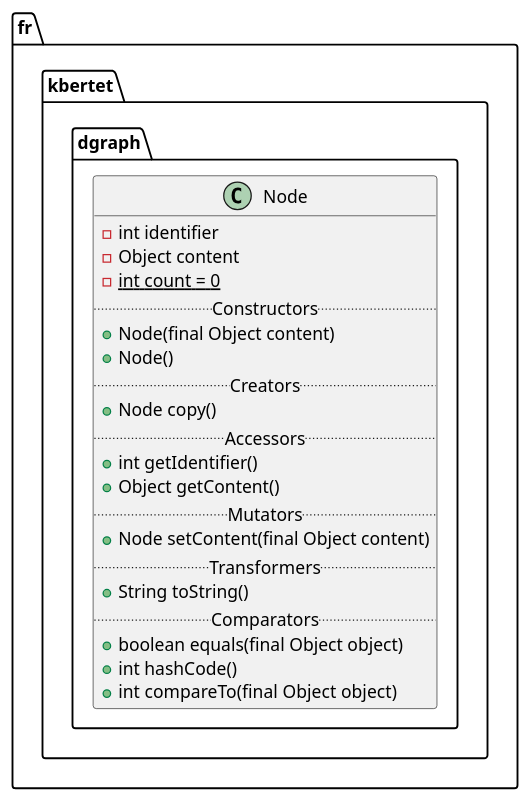
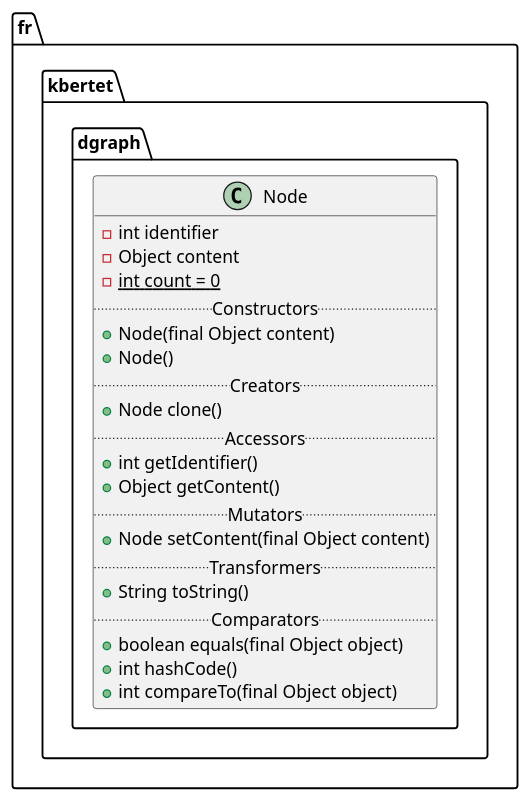
Before and after one commit to thegalactic/java-lattices: the diagram in src/fr/kbertet/dgraph/Node.iuml, drawn with PlantUML. The commit also changed 15 other files, not shown here.

Commit message:
Use clone method and Cloneable interface instead of copy method

```diff
--- a/src/fr/kbertet/dgraph/Node.iuml
+++ b/src/fr/kbertet/dgraph/Node.iuml
@@ -1,23 +1,23 @@
 package fr.kbertet.dgraph {
     class Node {
         -int identifier
         -Object content
         -{static} int count = 0
         .. Constructors ..
         +Node(final Object content)
         +Node()
         .. Creators ..
-        +Node copy()
+        +Node clone()
         .. Accessors ..
         +int getIdentifier()
         +Object getContent()
         .. Mutators ..
         +Node setContent(final Object content)
         .. Transformers ..
         +String toString()
         .. Comparators ..
         +boolean equals(final Object object)
         +int hashCode()
         +int compareTo(final Object object)
     }
 }
```
